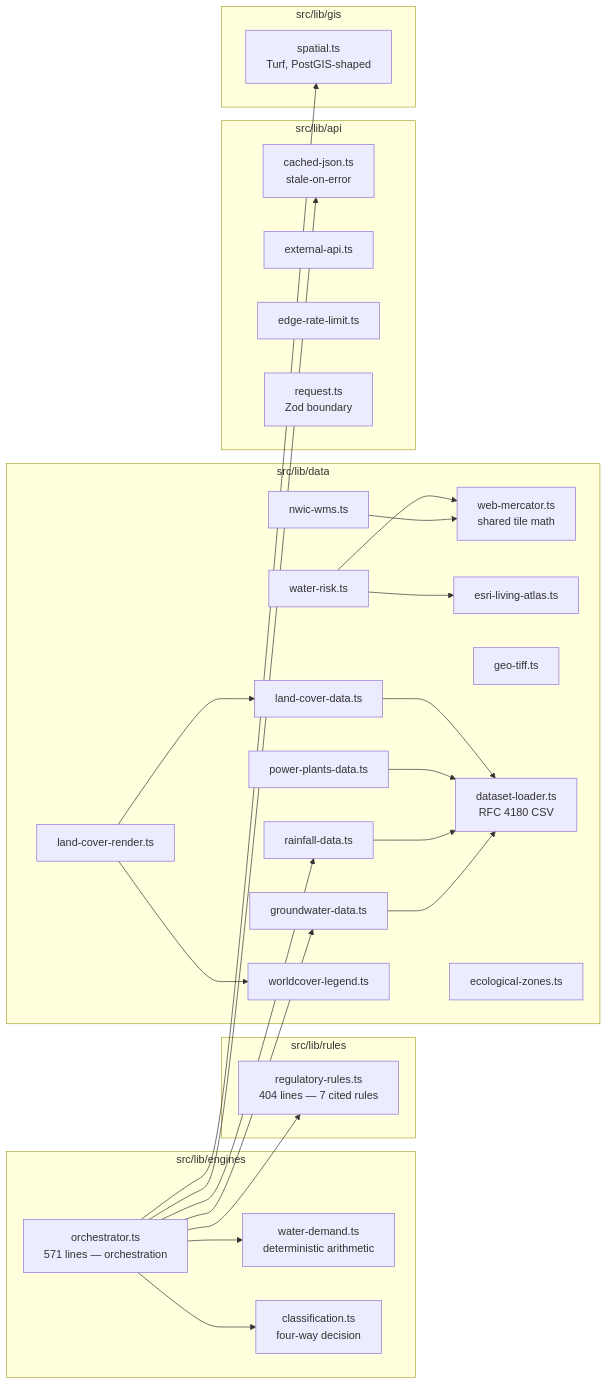
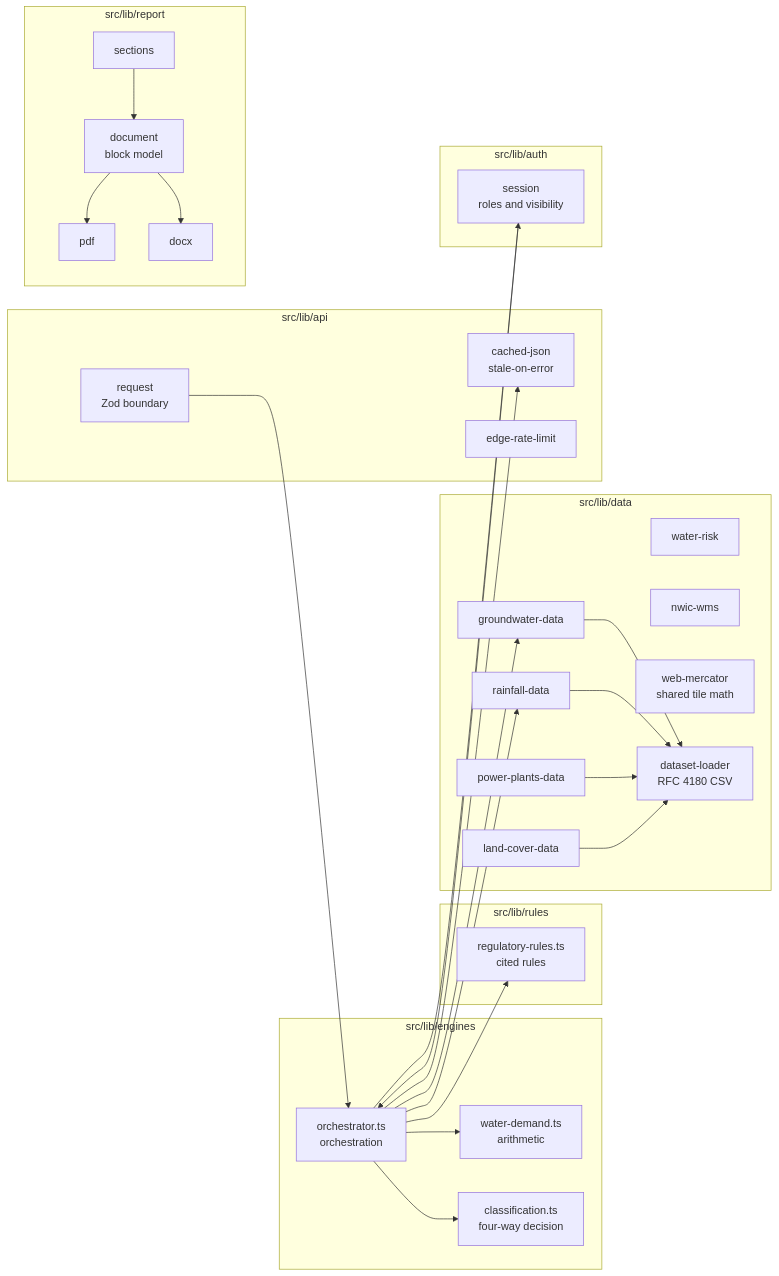
Before and after one commit to dsouza-shaun/jaldrishti: the third of 7 diagrams in TECHNICAL_APPROACH.md, drawn with Mermaid. The commit also changed other lines of this file and 14 other files, not shown here.

````diff
--- a/TECHNICAL_APPROACH.md
+++ b/TECHNICAL_APPROACH.md
@@ -359,41 +230,44 @@
 ```mermaid
 flowchart LR
     subgraph "src/lib/engines"
-        A1[orchestrator.ts<br/>571 lines — orchestration]
-        A2[water-demand.ts<br/>deterministic arithmetic]
+        A1[orchestrator.ts<br/>orchestration]
+        A2[water-demand.ts<br/>arithmetic]
         A3[classification.ts<br/>four-way decision]
     end
     subgraph "src/lib/rules"
-        B1[regulatory-rules.ts<br/>404 lines — 7 cited rules]
+        B1[regulatory-rules.ts<br/>cited rules]
     end
     subgraph "src/lib/data"
-        C1[groundwater-data.ts]
-        C2[rainfall-data.ts]
-        C3[power-plants-data.ts]
-        C4[land-cover-data.ts]
-        C5[land-cover-render.ts]
-        C6[water-risk.ts]
-        C7[nwic-wms.ts]
-        C8[web-mercator.ts<br/>shared tile math]
-        C9[esri-living-atlas.ts]
-        C10[geo-tiff.ts]
-        C11[dataset-loader.ts<br/>RFC 4180 CSV]
-        C12[worldcover-legend.ts]
-        C13[ecological-zones.ts]
+        C1[groundwater-data]
+        C2[rainfall-data]
+        C3[power-plants-data]
+        C4[land-cover-data]
+        C6[water-risk]
+        C7[nwic-wms]
+        C8[web-mercator<br/>shared tile math]
+        C11[dataset-loader<br/>RFC 4180 CSV]
     end
     subgraph "src/lib/api"
-        D1[cached-json.ts<br/>stale-on-error]
-        D2[external-api.ts]
-        D3[edge-rate-limit.ts]
-        D4[request.ts<br/>Zod boundary]
+        D1[cached-json<br/>stale-on-error]
+        D3[edge-rate-limit]
+        D4[request<br/>Zod boundary]
     end
-    subgraph "src/lib/gis"
-        E1[spatial.ts<br/>Turf, PostGIS-shaped]
+    subgraph "src/lib/report"
+        E1[document<br/>block model]
+        E2[sections]
+        E3[pdf]
+        E4[docx]
     end
-    A1 --> A2 & A3 & B1 & E1 & C1 & C2
+    subgraph "src/lib/auth"
+        F1[session<br/>roles and visibility]
+    end
+
+    A1 --> A2 & A3 & B1 & C1 & C2
     A1 --> D1
     C1 & C2 & C3 & C4 --> C11
-    C5 --> C4 & C12
-    C6 --> C9
-    C7 & C6 --> C8
+    D4 --> A1
+    E2 --> E1
+    E1 --> E3 & E4
+    A1 --> F1
+    F1 --> A1
 ```
````
